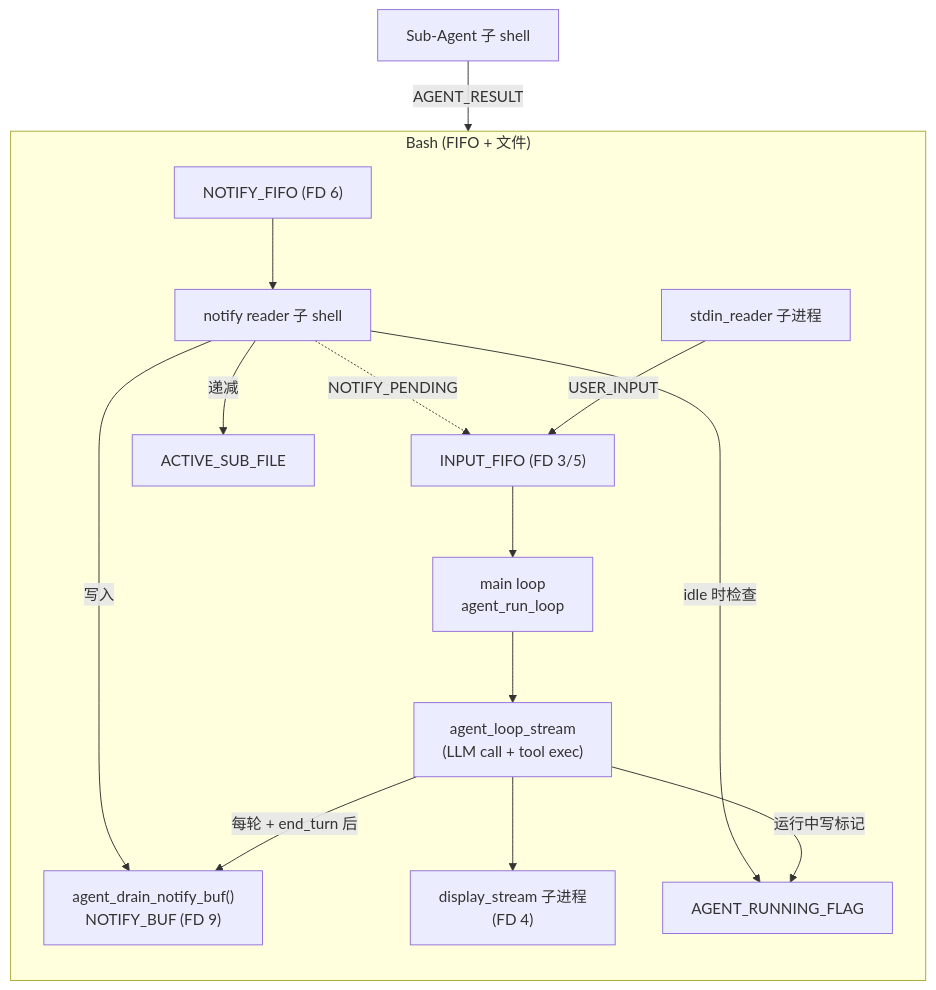
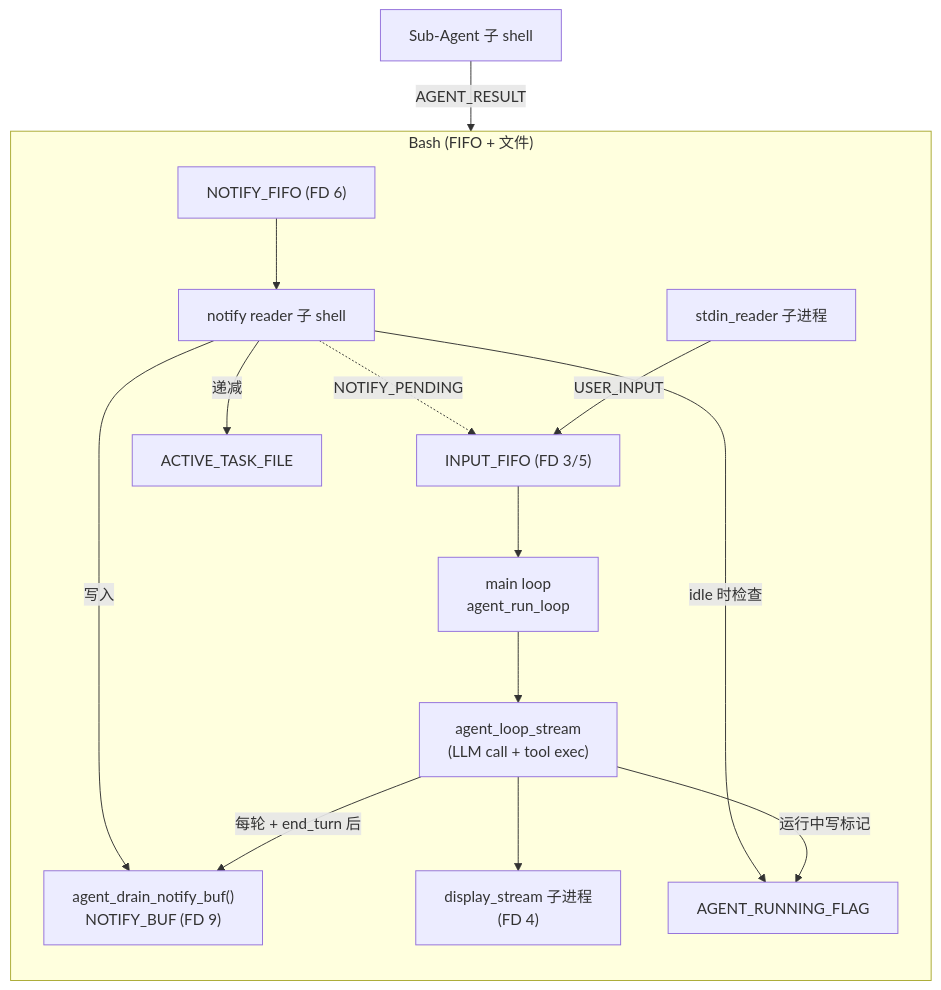
Before and after one commit to lloydzhou/bash-agent: the second of 5 diagrams in docs/BASH_ARCHITECTURE.md, drawn with Mermaid. The commit also changed other lines of this file, not shown here.

````diff
--- a/docs/BASH_ARCHITECTURE.md
+++ b/docs/BASH_ARCHITECTURE.md
@@ -1340,30 +1354,30 @@
 ```mermaid
 graph TB
     subgraph Bash["Bash (FIFO + 文件)"]
         direction TB
         BL["stdin_reader 子进程"]
         BInput["INPUT_FIFO (FD 3/5)"]
         BMain["main loop<br/>agent_run_loop"]
         BAgent["agent_loop_stream<br/>(LLM call + tool exec)"]
         BDrain["agent_drain_notify_buf()<br/>NOTIFY_BUF (FD 9)"]
         BNR["notify reader 子 shell"]
         BNRFifo["NOTIFY_FIFO (FD 6)"]
         BDisp["display_stream 子进程<br/>(FD 4)"]
         BFlag["AGENT_RUNNING_FLAG"]
-        BActive["ACTIVE_SUB_FILE"]
+        BActive["ACTIVE_TASK_FILE"]
     end
     BSub["Sub-Agent 子 shell"]
 
     BL -->|"USER_INPUT"| BInput
     BInput --> BMain
     BMain --> BAgent
     BAgent -->|"每轮 + end_turn 后"| BDrain
     BAgent --> BDisp
     BAgent -->|"运行中写标记"| BFlag
     BSub -->|"AGENT_RESULT"| BNRFifo
     BNRFifo --> BNR
     BNR -->|"写入"| BDrain
     BNR -->|"递减"| BActive
     BNR -->|"idle 时检查"| BFlag
     BNR -.->|"NOTIFY_PENDING"| BInput
 ```
````
